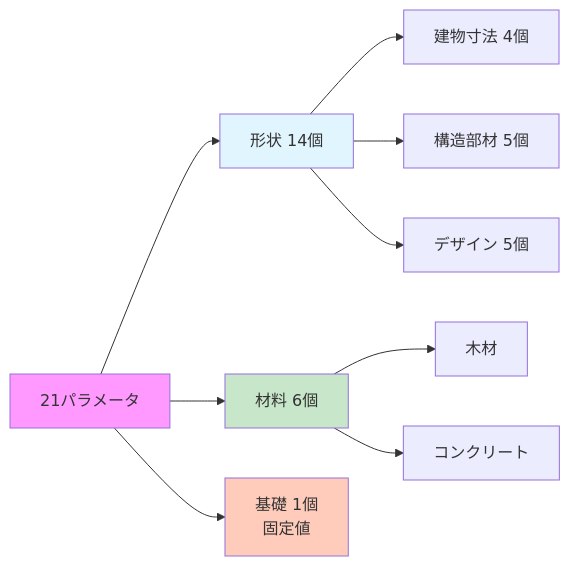
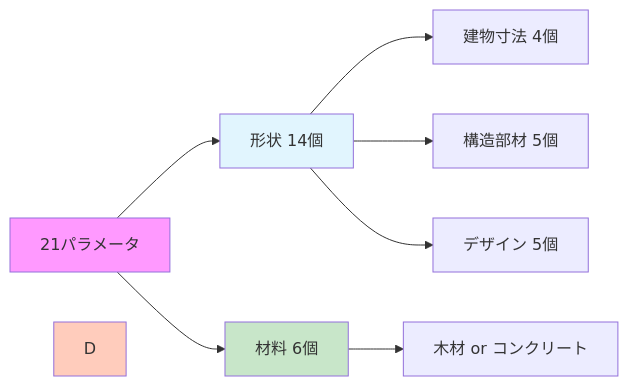
Before and after one commit to jkushida/ai-arch: the fourth of 5 diagrams in docs/generate_building_fem_analyze_report.md, drawn with Mermaid. The commit also changed 131 other files, not shown here.

````diff
--- a/docs/generate_building_fem_analyze_report.md
+++ b/docs/generate_building_fem_analyze_report.md
@@ -131,18 +131,16 @@
 ```mermaid
 graph LR
     A["21パラメータ"] --> B["形状 14個"]
     A --> C["材料 6個"]
-    A --> D["基礎 1個<br>固定値"]
     
     B --> B1["建物寸法 4個"]
     B --> B2["構造部材 5個"]
     B --> B3["デザイン 5個"]
     
-    C --> C1["木材"]
-    C --> C2["コンクリート"]
+    C --> C1["木材 or コンクリート"]
     
     style A fill:#f9f
     style B fill:#e1f5fe
     style C fill:#c8e6c9
     style D fill:#ffccbc
 ```
````
